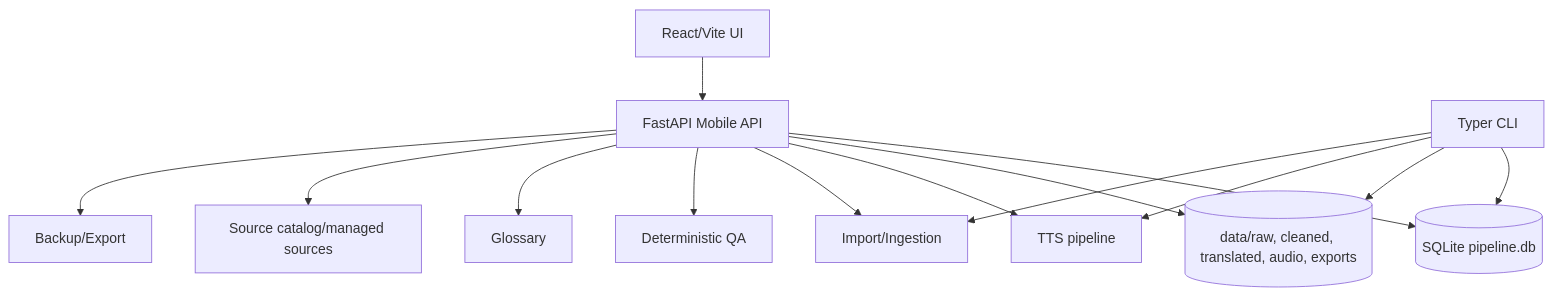
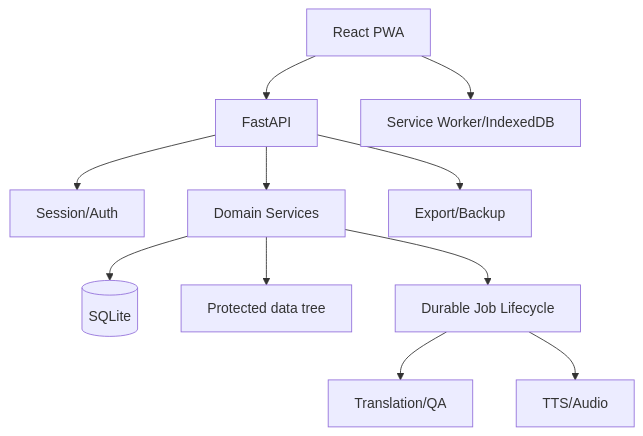
Before and after one commit to nam176hermes/TNN-novel: the diagram in docs/full-project-audit-report.md, drawn with Mermaid. The commit also changed other lines of this file and 5 other files, not shown here.

````diff
--- a/docs/full-project-audit-report.md
+++ b/docs/full-project-audit-report.md
@@ -96,16 +60,13 @@
 ```mermaid
 flowchart TB
-  App[React/Vite UI] --> API[FastAPI Mobile API]
-  API --> DB[(SQLite pipeline.db)]
-  API --> FS[(data/raw, cleaned, translated, audio, exports)]
-  API --> TTS[TTS pipeline]
-  API --> ING[Import/Ingestion]
-  API --> QA[Deterministic QA]
-  API --> GL[Glossary]
-  API --> SRC[Source catalog/managed sources]
-  API --> BK[Backup/Export]
-  CLI[Typer CLI] --> DB
-  CLI --> FS
-  CLI --> TTS
-  CLI --> ING
+  Browser[React PWA] --> API[FastAPI]
+  API --> Auth[Session/Auth]
+  API --> Services[Domain Services]
+  Services --> DB[(SQLite)]
+  Services --> Files[Protected data tree]
+  Services --> Jobs[Durable Job Lifecycle]
+  Jobs --> Translation[Translation/QA]
+  Jobs --> Audio[TTS/Audio]
+  API --> Ops[Export/Backup]
+  Browser --> Offline[Service Worker/IndexedDB]
 ```
````
